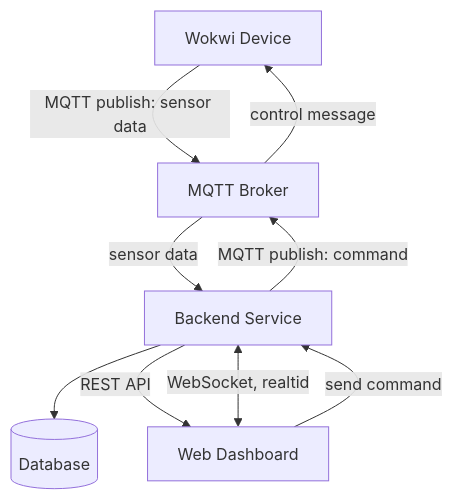
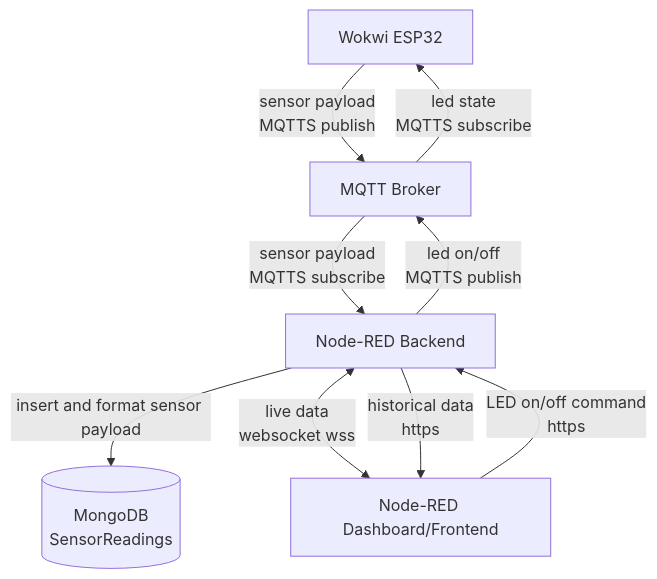
One commit to noomde/IoT changed the diagram in README.md. Above: the diagram before and after it, drawn with Mermaid. The commit also changed other lines of this file, not shown here.

````diff
--- a/README.md
+++ b/README.md
@@ -30,11 +30,14 @@
 ```mermaid
 flowchart TD
-  A[Wokwi Device] -->|MQTT publish: sensor data| B[MQTT Broker]
-  B -->|sensor data| C[Backend Service]
-  C --> D[(Database)]
-  C -->|REST API| E[Web Dashboard]
-  E <-->|WebSocket, realtid| C
-  E -->|send command| C
-  C -->|MQTT publish: command| B
-  B -->|control message| A
+  A[Wokwi ESP32] -->|sensor payload<br>MQTTS publish| B[MQTT Broker]
+  B -->|led state<br>MQTTS subscribe| A
+
+  B -->|sensor payload<br>MQTTS subscribe| C[Node-RED Backend]
+  C -->|led on/off<br>MQTTS publish| B
+
+  C -->|insert and format sensor payload| D[(MongoDB<br>SensorReadings)]
+  C <-->|live data <br> websocket wss| E[Node-RED Dashboard/Frontend]
+
+  C -->|historical data<br>https| E
+  E -->|LED on/off command<br>https| C
 ```
````
